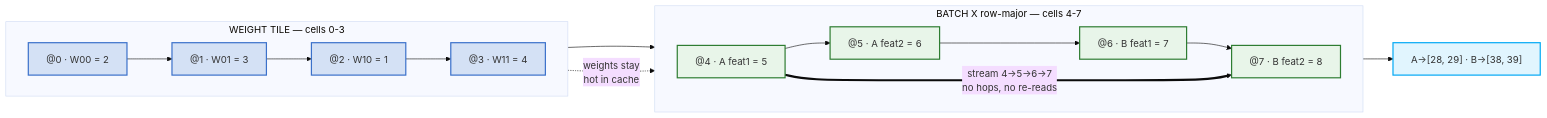
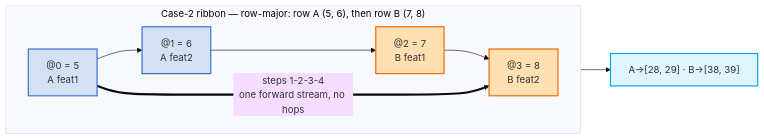
The fifth of 7 diagrams in docs/concepts/linear-algebra/linear-layer.md (jsavinash/artificial-intelligence-study-guide), drawn with Mermaid (base theme) before and after one commit. The commit also changed other lines of this file, not shown here.

First line of the commit message:
Rewrite memory ribbon section for understandability

````diff
--- a/docs/concepts/linear-algebra/linear-layer.md
+++ b/docs/concepts/linear-algebra/linear-layer.md
@@ -105,32 +123,21 @@
 ```mermaid
 graph LR
-    subgraph C2W["WEIGHT TILE — cells 0-3"]
+    subgraph MR2LAY["Case-2 ribbon — row-major: row A (5, 6), then row B (7, 8)"]
         direction LR
-        c2a0["@0 · W00 = 2"]
-        c2a1["@1 · W01 = 3"]
-        c2a2["@2 · W10 = 1"]
-        c2a3["@3 · W11 = 4"]
+        mr2c0["@0 = 5<br>A feat1"]
+        mr2c1["@1 = 6<br>A feat2"]
+        mr2c2["@2 = 7<br>B feat1"]
+        mr2c3["@3 = 8<br>B feat2"]
     end
 
-    subgraph C2X["BATCH X row-major — cells 4-7"]
-        direction LR
-        c2a4["@4 · A feat1 = 5"]
-        c2a5["@5 · A feat2 = 6"]
-        c2a6["@6 · B feat1 = 7"]
-        c2a7["@7 · B feat2 = 8"]
-    end
+    mr2c0 --> mr2c1 --> mr2c2 --> mr2c3
+    mr2c0 ==>|"steps 1-2-3-4<br>one forward stream, no hops"| mr2c3
+    mr2c3 --> mr2y["A→[28, 29] · B→[38, 39]"]
 
-    yAB["A→[28, 29] · B→[38, 39]"]
-
-    c2a0 --> c2a1 --> c2a2 --> c2a3 --> c2a4 --> c2a5 --> c2a6 --> c2a7
-    c2a3 -.->|"weights stay<br>hot in cache"| c2a4
-    c2a4 ==>|"stream 4→5→6→7<br>no hops, no re-reads"| c2a7
-    c2a7 --> yAB
-
-    classDef wcell fill:#d4e1f5,stroke:#3b71ca,stroke-width:2px
-    classDef xcell fill:#e8f5e9,stroke:#2e7d32,stroke-width:2px
-    classDef out fill:#e1f5fe,stroke:#03a9f4,stroke-width:2px
-    class c2a0,c2a1,c2a2,c2a3 wcell
-    class c2a4,c2a5,c2a6,c2a7 xcell
-    class yAB out
+    classDef acell fill:#d4e1f5,stroke:#3b71ca,stroke-width:2px
+    classDef bcell fill:#ffe0b2,stroke:#ef6c00,stroke-width:2px
+    classDef outcell fill:#e1f5fe,stroke:#03a9f4,stroke-width:2px
+    class mr2c0,mr2c1 acell
+    class mr2c2,mr2c3 bcell
+    class mr2y outcell
 ```
````
